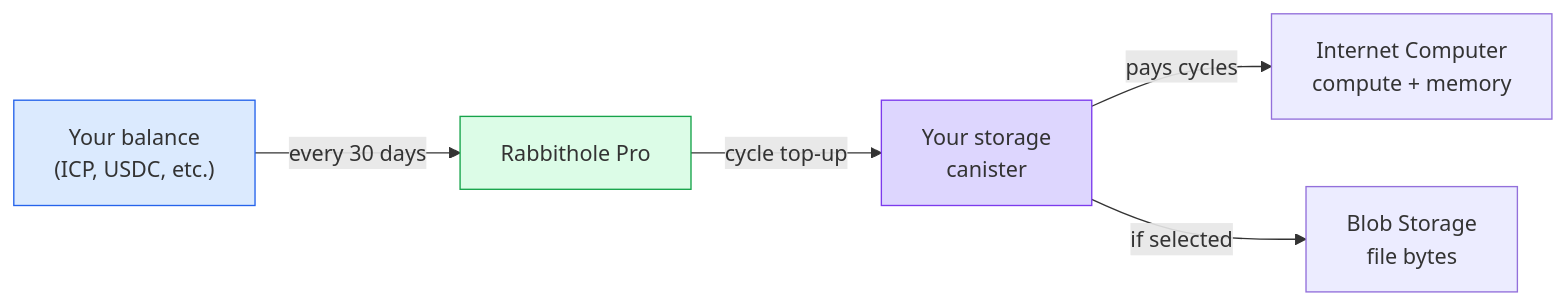
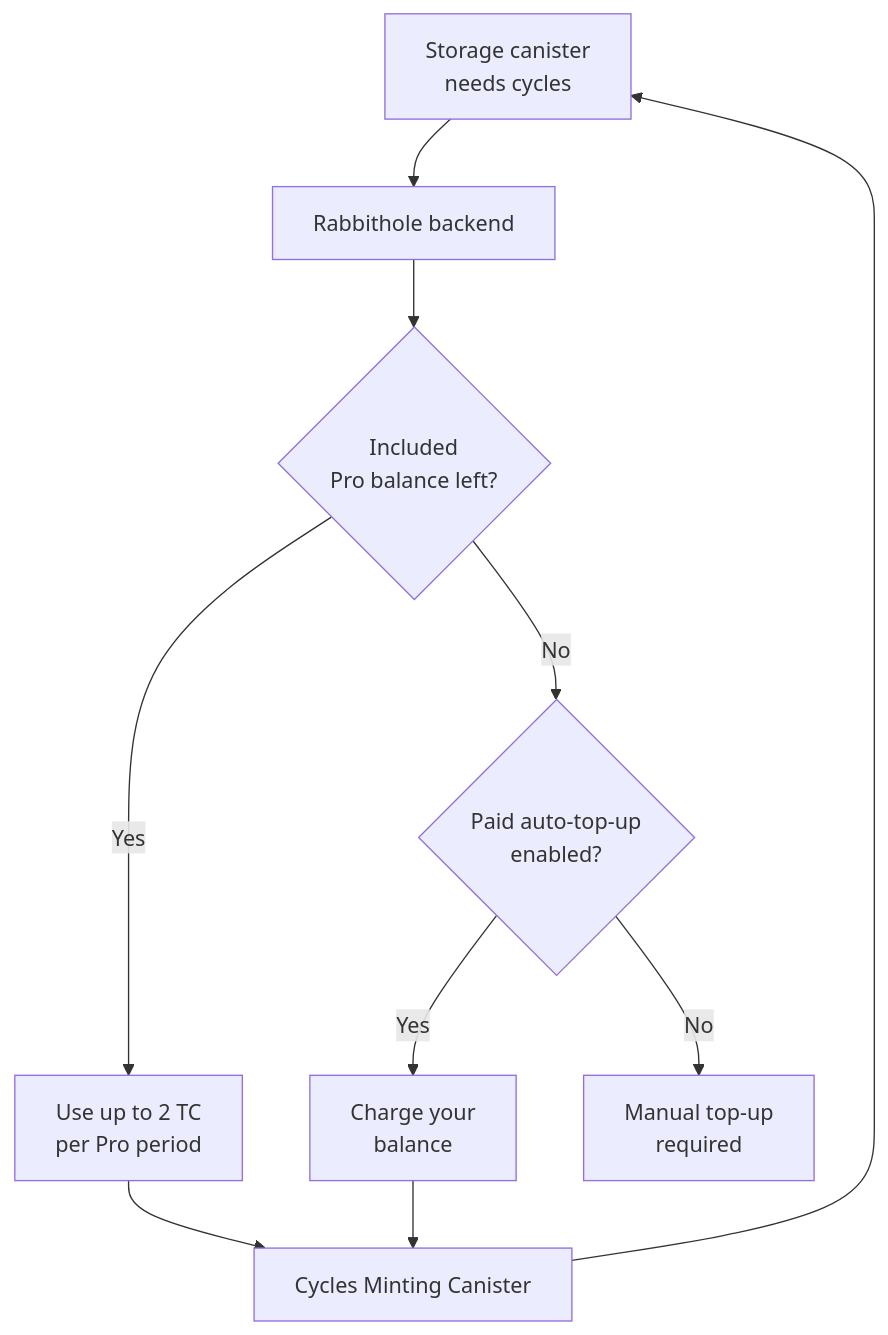
One commit to rabbithole-app/v2 changed the first of 3 diagrams in apps/docs/src/en/how-it-works/payment.md. Above: the diagram before and after it, drawn with Mermaid. The commit also changed other lines of this file and 46 other files, not shown here.

````diff
--- a/apps/docs/src/en/how-it-works/payment.md
+++ b/apps/docs/src/en/how-it-works/payment.md
@@ -24,10 +55,12 @@
 ```mermaid
-flowchart LR
-    U["Your balance<br/>(ICP, USDC, etc.)"] -->|every 30 days| R[Rabbithole Pro]
-    R -->|cycle top-up| C["Your storage<br/>canister"]
-    C -->|pays cycles| IC["Internet Computer<br/>compute + memory"]
-    C -->|if selected| BS["Blob Storage<br/>file bytes"]
-    style U fill:#dbeafe,stroke:#2563eb
-    style R fill:#dcfce7,stroke:#16a34a
-    style C fill:#ddd6fe,stroke:#7c3aed
+flowchart TD
+    S["Storage canister<br/>needs cycles"] --> B["Rabbithole backend"]
+    B --> I{"Included<br/>Pro balance left?"}
+    I -->|Yes| P["Use up to 2 TC<br/>per Pro period"]
+    I -->|No| A{"Paid auto-top-up<br/>enabled?"}
+    A -->|Yes| U["Charge your<br/>balance"]
+    A -->|No| M["Manual top-up<br/>required"]
+    P --> CMC["Cycles Minting Canister"]
+    U --> CMC
+    CMC --> S
 ```
````
